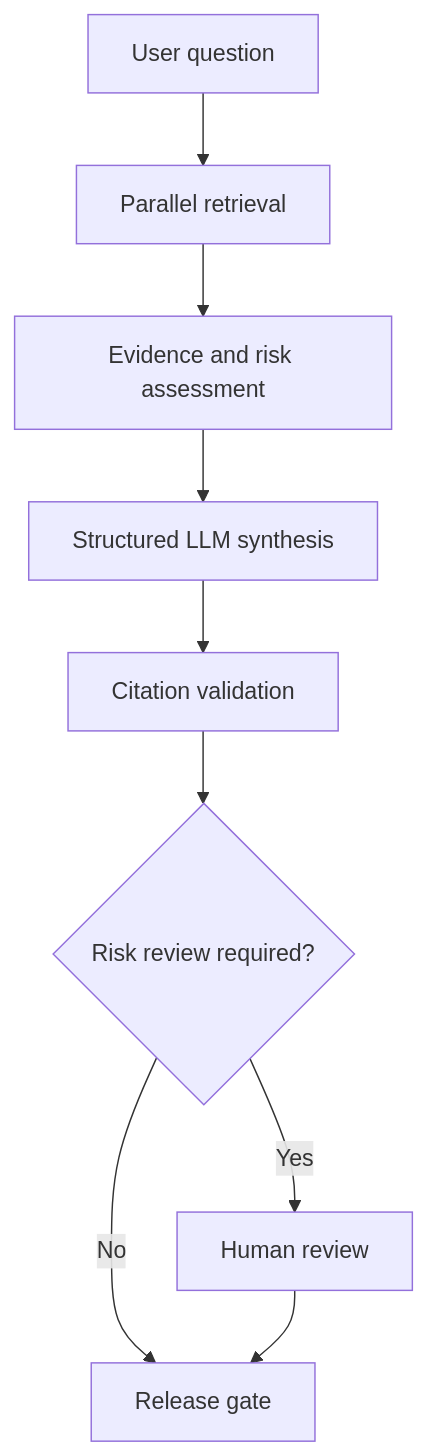
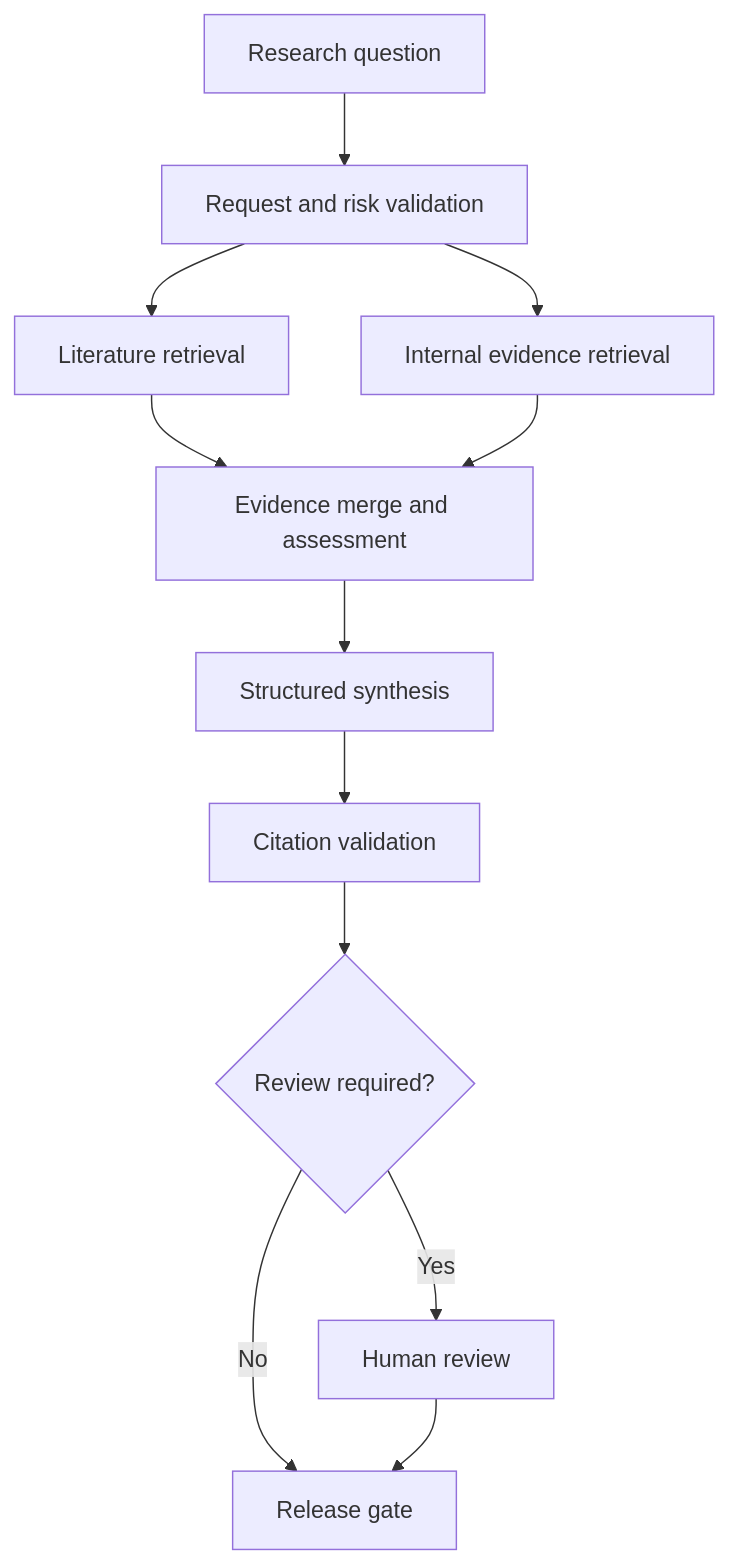
One commit to vmunagala0117/multi-agent-workflow-demo changed the second of 3 diagrams in README.md. Above: the diagram before and after it, drawn with Mermaid. The commit also changed other lines of this file and 33 other files, not shown here.

````diff
--- a/README.md
+++ b/README.md
@@ -161,11 +82,14 @@
 ```mermaid
 flowchart TD
-    A[User question] --> B[Parallel retrieval]
-    B --> C[Evidence and risk assessment]
-    C --> D[Structured LLM synthesis]
-    D --> E[Citation validation]
-    E --> F{Risk review required?}
-    F -->|No| G[Release gate]
-    F -->|Yes| H[Human review]
-    H --> G
+    A["Research question"] --> B["Request and risk validation"]
+    B --> C["Literature retrieval"]
+    B --> D["Internal evidence retrieval"]
+    C --> E["Evidence merge and assessment"]
+    D --> E
+    E --> F["Structured synthesis"]
+    F --> G["Citation validation"]
+    G --> H{"Review required?"}
+    H -->|No| I["Release gate"]
+    H -->|Yes| J["Human review"]
+    J --> I
 ```
````
